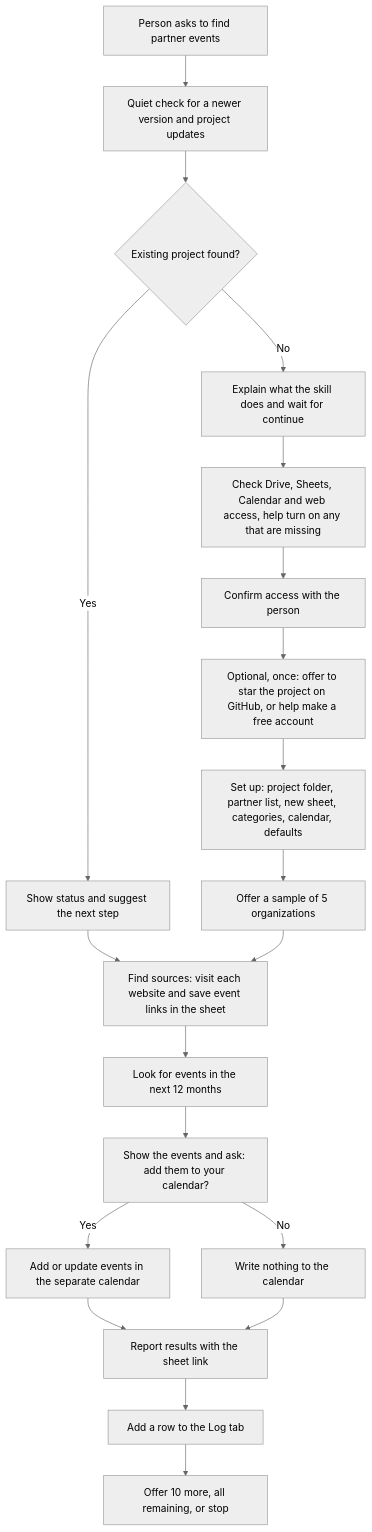
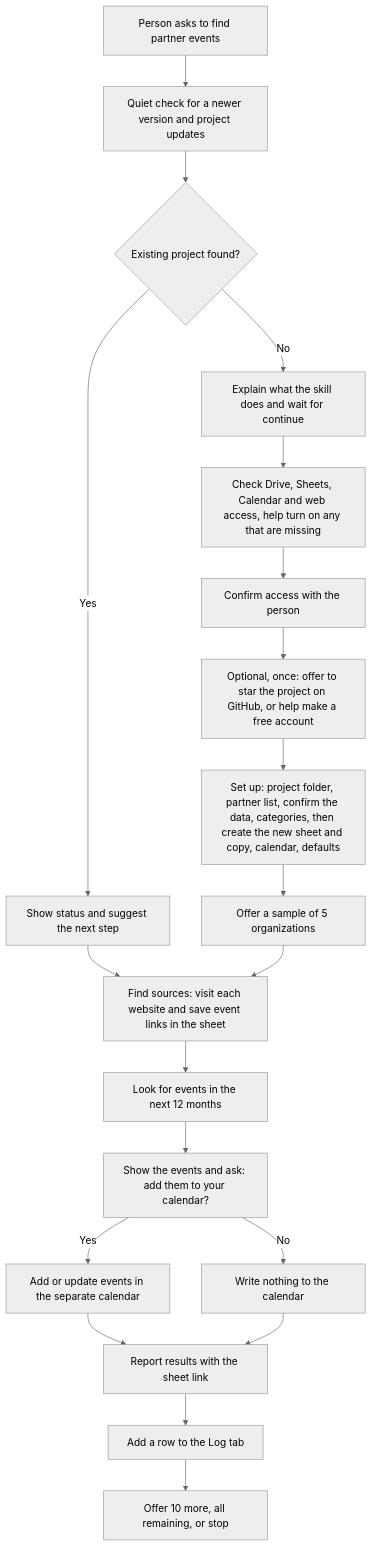
The diagram in docs/skills/partner-event-finder.md (tejitpabari99/tejit-non-profit-mkt), drawn with Mermaid (neutral theme) before and after one commit. The commit also changed 4 other files, not shown here.

First line of the commit message:
feat: copy partner list last and fill Category as sources are found

````diff
--- a/docs/skills/partner-event-finder.md
+++ b/docs/skills/partner-event-finder.md
@@ -11,22 +11,22 @@
 ```mermaid
 flowchart TD
     A["Person asks to find partner events"] --> B["Quiet check for a newer version and project updates"]
     B --> C{"Existing project found?"}
     C -- No --> D["Explain what the skill does and wait for continue"]
     D --> E["Check Drive, Sheets, Calendar and web access, help turn on any that are missing"]
     E --> F["Confirm access with the person"]
     F --> F2["Optional, once: offer to star the project on GitHub, or help make a free account"]
-    F2 --> G["Set up: project folder, partner list, new sheet, categories, calendar, defaults"]
+    F2 --> G["Set up: project folder, partner list, confirm the data, categories, then create the new sheet and copy, calendar, defaults"]
     G --> H["Offer a sample of 5 organizations"]
     C -- Yes --> I["Show status and suggest the next step"]
     I --> J
     H --> J["Find sources: visit each website and save event links in the sheet"]
     J --> K["Look for events in the next 12 months"]
     K --> L["Show the events and ask: add them to your calendar?"]
     L -- Yes --> M["Add or update events in the separate calendar"]
     L -- No --> N["Write nothing to the calendar"]
     M --> O["Report results with the sheet link"]
     N --> O
     O --> P["Add a row to the Log tab"]
     P --> Q["Offer 10 more, all remaining, or stop"]
 ```
````
